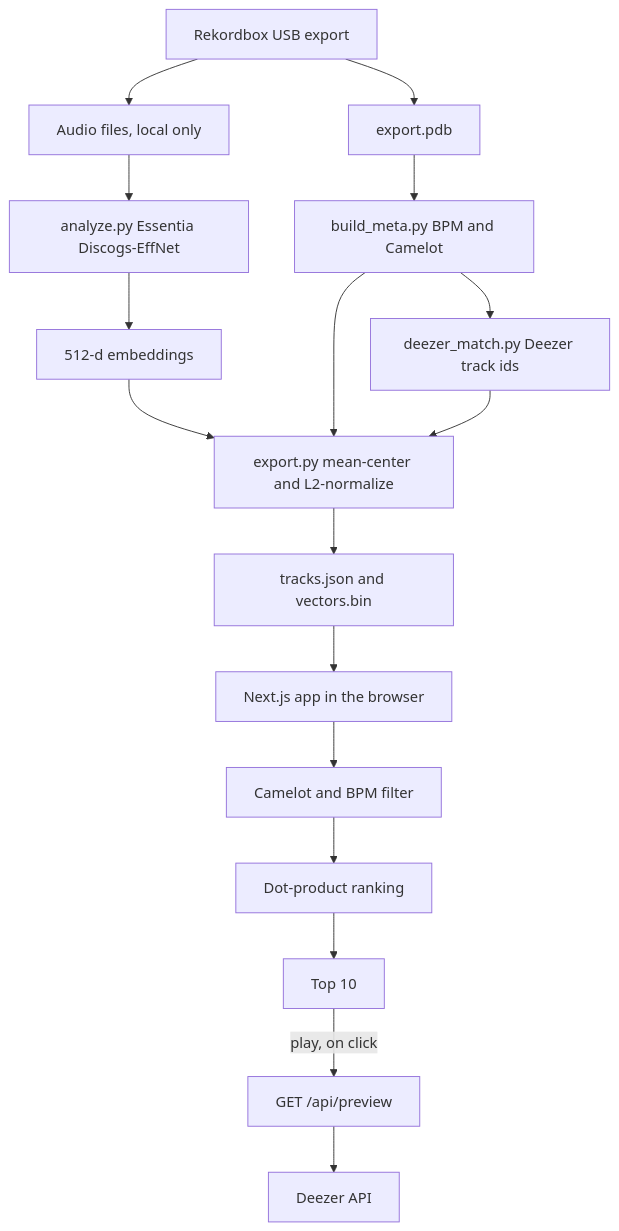
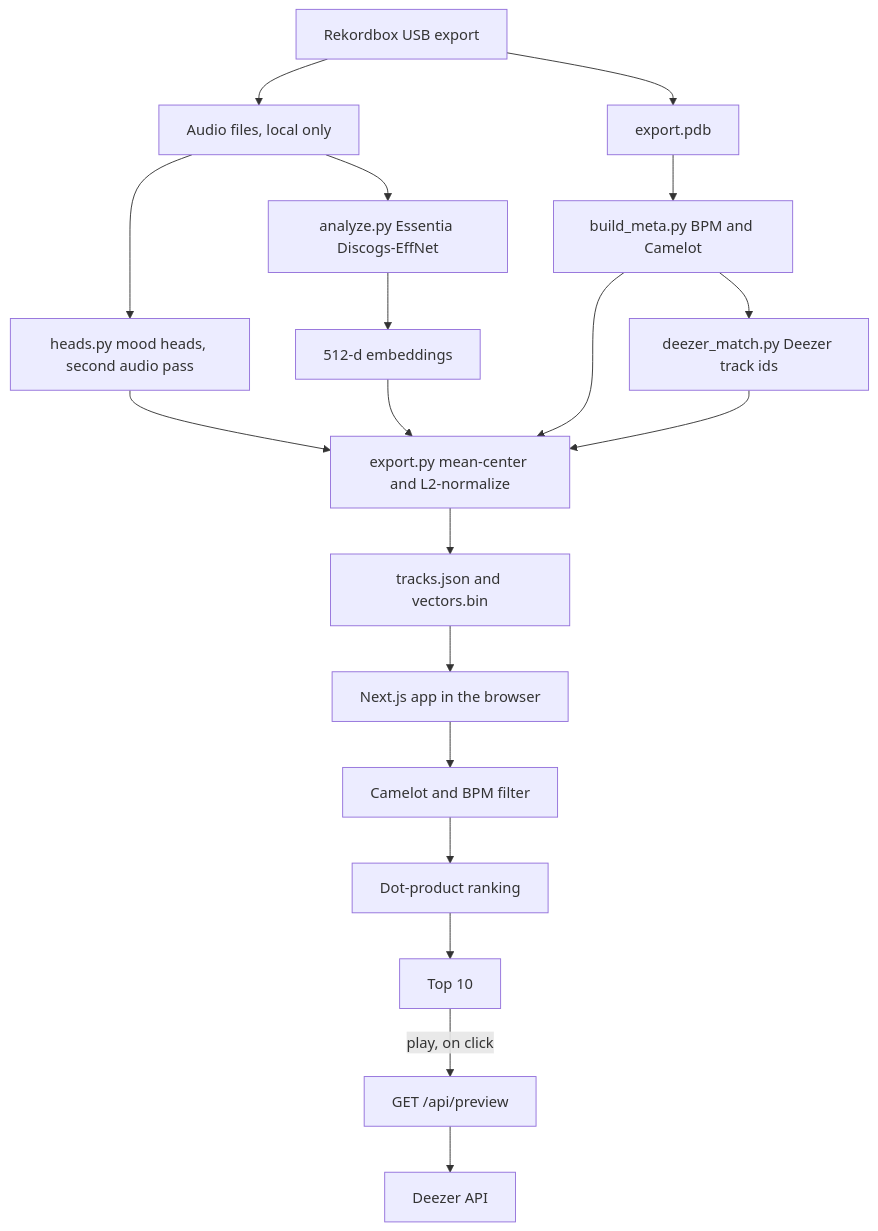
One commit to tkestas92/nexttrack changed the diagram in README.md. Above: the diagram before and after it, drawn with Mermaid. The commit also changed other lines of this file and 6 other files, not shown here.

````diff
--- a/README.md
+++ b/README.md
@@ -13,35 +13,38 @@
 ```mermaid
 flowchart TD
   usb[Rekordbox USB export]
   audio[Audio files, local only]
   pdb[export.pdb]
   analyze[analyze.py Essentia Discogs-EffNet]
+  heads[heads.py mood heads, second audio pass]
   meta[build_meta.py BPM and Camelot]
   match[deezer_match.py Deezer track ids]
   embed[512-d embeddings]
   export[export.py mean-center and L2-normalize]
   files[tracks.json and vectors.bin]
   browser[Next.js app in the browser]
   filter[Camelot and BPM filter]
   rank[Dot-product ranking]
   ui[Top 10]
   api["GET /api/preview"]
   deezer[Deezer API]
 
   usb --> audio
   usb --> pdb
   audio --> analyze
   analyze --> embed
+  audio --> heads
+  heads --> export
   pdb --> meta
   meta --> match
   embed --> export
   meta --> export
   match --> export
   export --> files
   files --> browser
   browser --> filter
   filter --> rank
   rank --> ui
   ui -->|play, on click| api
   api --> deezer
 ```
````
